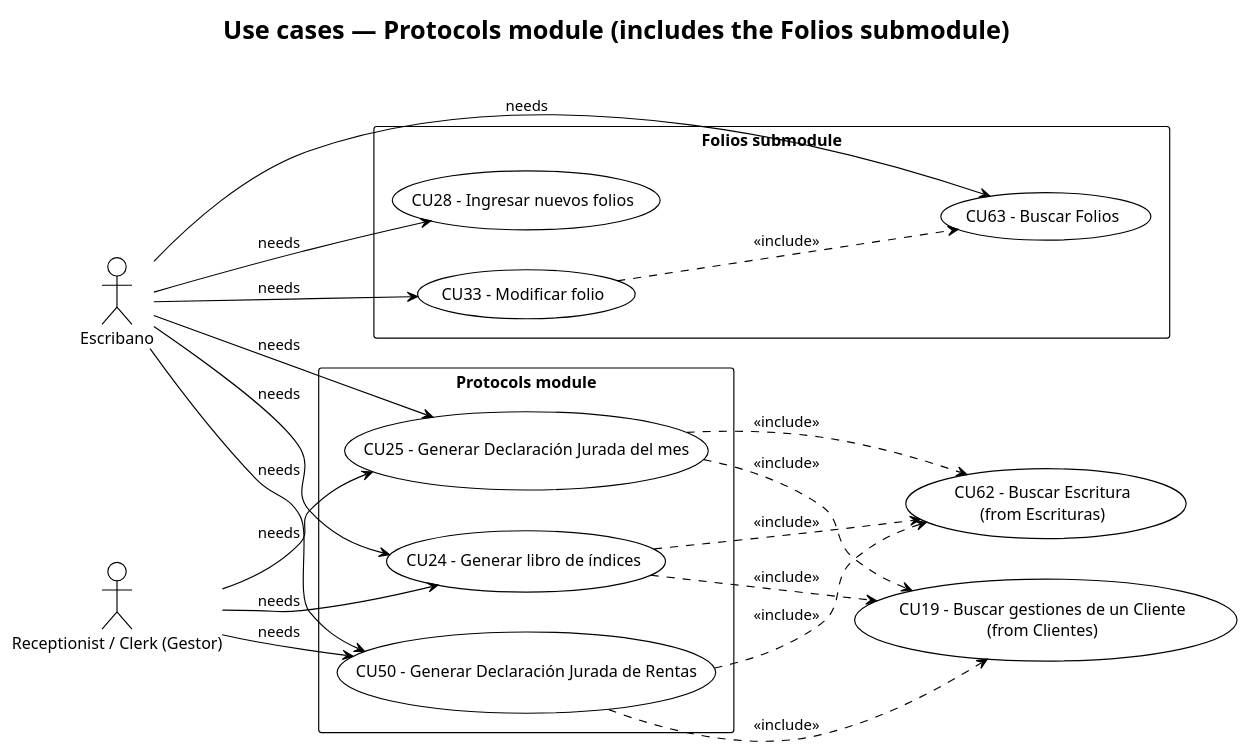
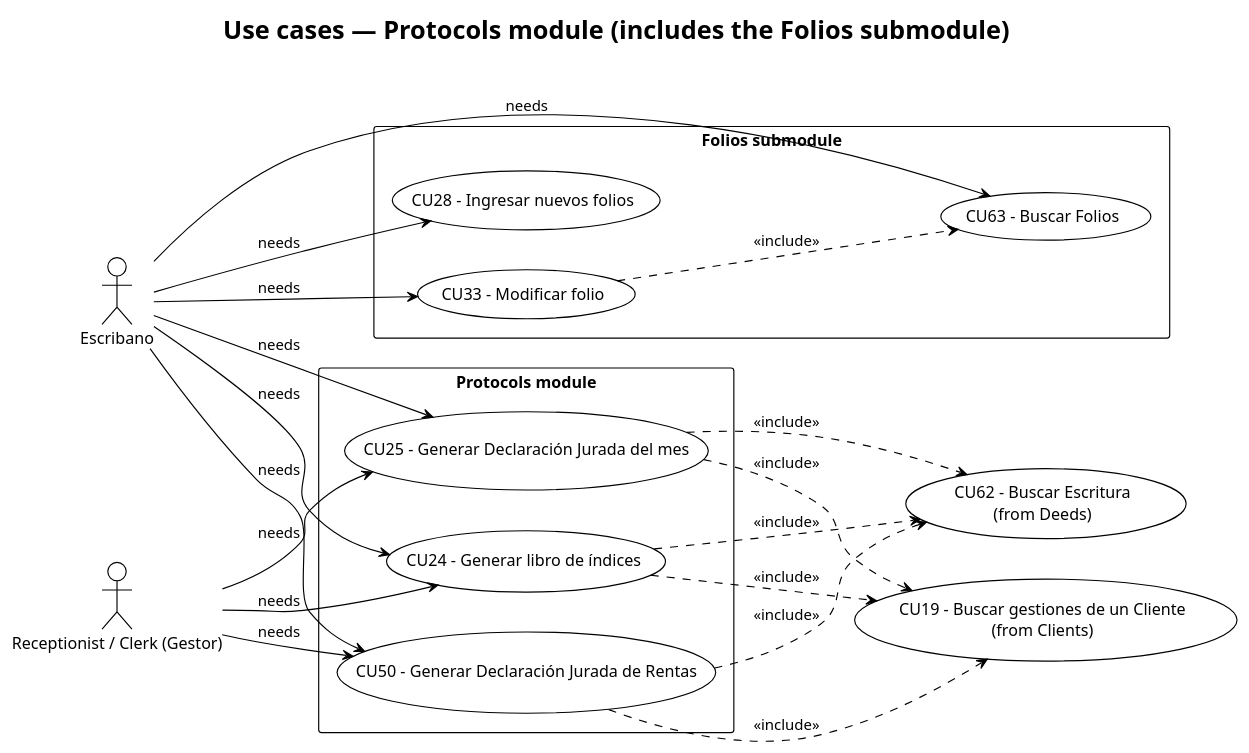
The diagram in docs/200-architecture/204-diagrams/Casos de Uso/protocolos.puml (matiaspakua/notaire), drawn with PlantUML before and after one commit. The commit also changed 89 other files, not shown here.

```diff
--- a/docs/200-architecture/204-diagrams/Casos de Uso/protocolos.puml
+++ b/docs/200-architecture/204-diagrams/Casos de Uso/protocolos.puml
@@ -1,44 +1,44 @@
 @startuml protocolos
 !theme plain
 left to right direction
 title Use cases — Protocols module (includes the Folios submodule)
 
 actor Escribano
 actor "Receptionist / Clerk (Gestor)" as ReceptionistClerk
 
 rectangle "Protocols module" {
   usecase "CU24 - Generar libro de índices" as CU24
   usecase "CU25 - Generar Declaración Jurada del mes" as CU25
   usecase "CU50 - Generar Declaración Jurada de Rentas" as CU50
 }
 
-usecase "CU62 - Buscar Escritura\n(from Escrituras)" as CU62
-usecase "CU19 - Buscar gestiones de un Cliente\n(from Clientes)" as CU19
+usecase "CU62 - Buscar Escritura\n(from Deeds)" as CU62
+usecase "CU19 - Buscar gestiones de un Cliente\n(from Clients)" as CU19
 
 Escribano --> CU24 : needs
 Escribano --> CU25 : needs
 Escribano --> CU50 : needs
 ReceptionistClerk --> CU24 : needs
 ReceptionistClerk --> CU25 : needs
 ReceptionistClerk --> CU50 : needs
 
 CU24 ..> CU62 : <<include>>
 CU24 ..> CU19 : <<include>>
 CU25 ..> CU62 : <<include>>
 CU25 ..> CU19 : <<include>>
 CU50 ..> CU62 : <<include>>
 CU50 ..> CU19 : <<include>>
 
 rectangle "Folios submodule" {
   usecase "CU28 - Ingresar nuevos folios" as CU28
   usecase "CU63 - Buscar Folios" as CU63
   usecase "CU33 - Modificar folio" as CU33
 }
 
 Escribano --> CU28 : needs
 Escribano --> CU63 : needs
 Escribano --> CU33 : needs
 
 CU33 ..> CU63 : <<include>>
 
 @enduml
```
